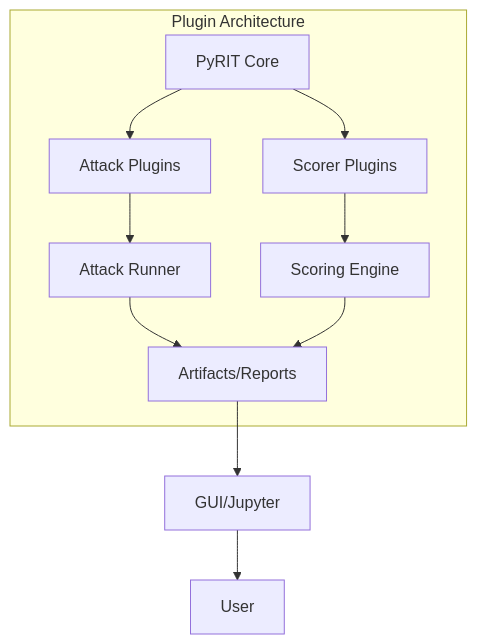
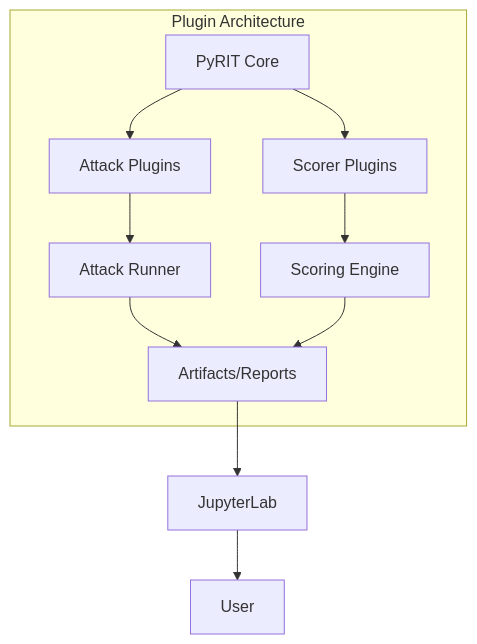
Before and after one commit to anilsingla/PyRIT: the fourth of 4 diagrams in README.md, drawn with Mermaid. The commit also changed other lines of this file and 9 other files, not shown here.

````diff
--- a/README.md
+++ b/README.md
@@ -171,13 +168,13 @@
 ```mermaid
 flowchart TD
     subgraph Plugin Architecture
       A[PyRIT Core] --> B[Attack Plugins]
       A --> C[Scorer Plugins]
       B --> D[Attack Runner]
       C --> E[Scoring Engine]
       D --> F[Artifacts/Reports]
       E --> F
     end
-    F --> G[GUI/Jupyter]
+    F --> G[JupyterLab]
     G --> H[User]
 ```
````
